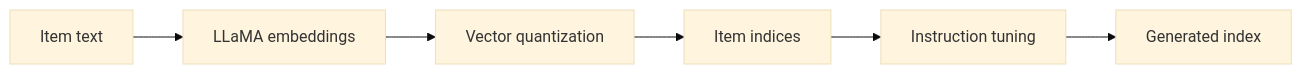
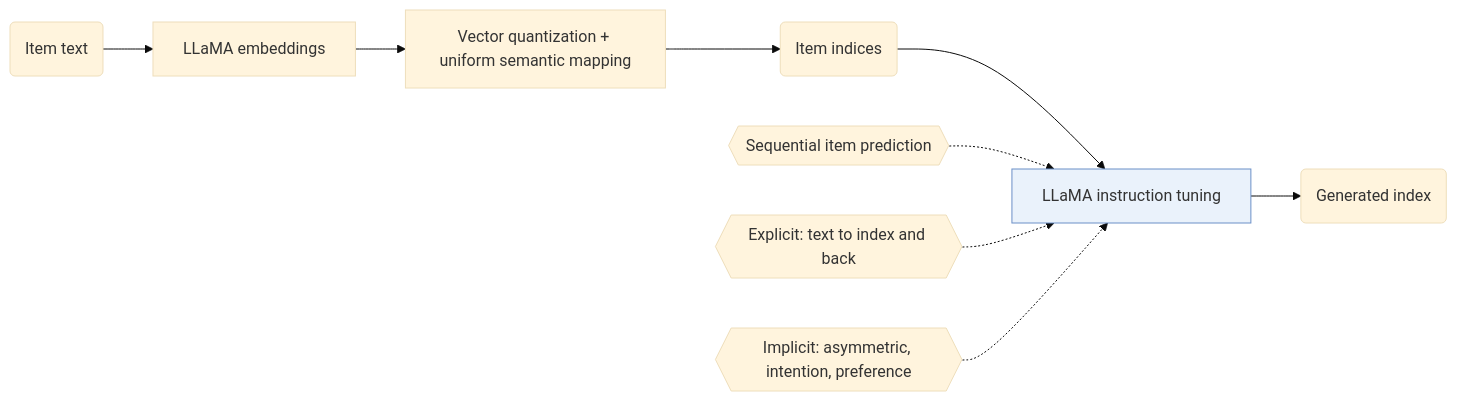
The diagram in notes/lc-rec.md (Galaxy-ghost/Awesome-SID-Generative-Rec), drawn with Mermaid (base theme) before and after one commit. The commit also changed 521 other files, not shown here.

Commit message:
writer-04 part 3: algorithm diagrams with shared shape conventions, README hero and paper cards, archive removed

````diff
--- a/notes/lc-rec.md
+++ b/notes/lc-rec.md
@@ -13,8 +13,12 @@
 ```mermaid
 flowchart LR
-    A[Item text] --> B[LLaMA embeddings]
-    B --> C[Vector quantization]
-    C --> D[Item indices]
-    D --> E[Instruction tuning]
-    E --> F[Generated index]
+    A("Item text") --> B["LLaMA embeddings"]
+    B --> C["Vector quantization + uniform semantic mapping"]
+    C --> D("Item indices")
+    D --> E["LLaMA instruction tuning"]:::key
+    L1{{"Sequential item prediction"}} -.-> E
+    L2{{"Explicit: text to index and back"}} -.-> E
+    L3{{"Implicit: asymmetric, intention, preference"}} -.-> E
+    E --> F("Generated index")
+    classDef key fill:#eaf2fb,stroke:#6b8fc7
 ```
````
